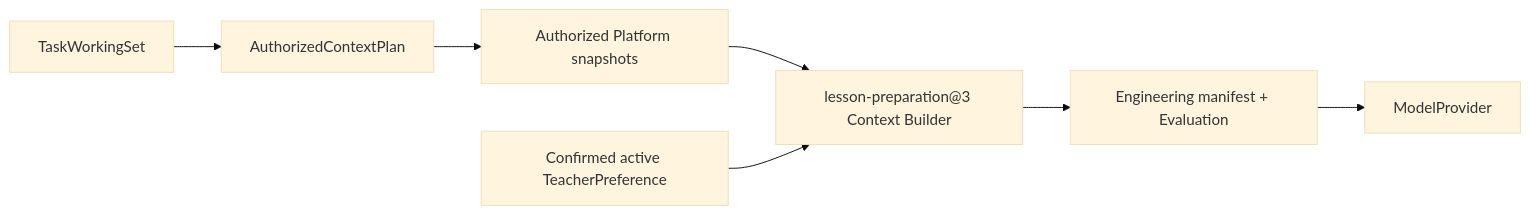
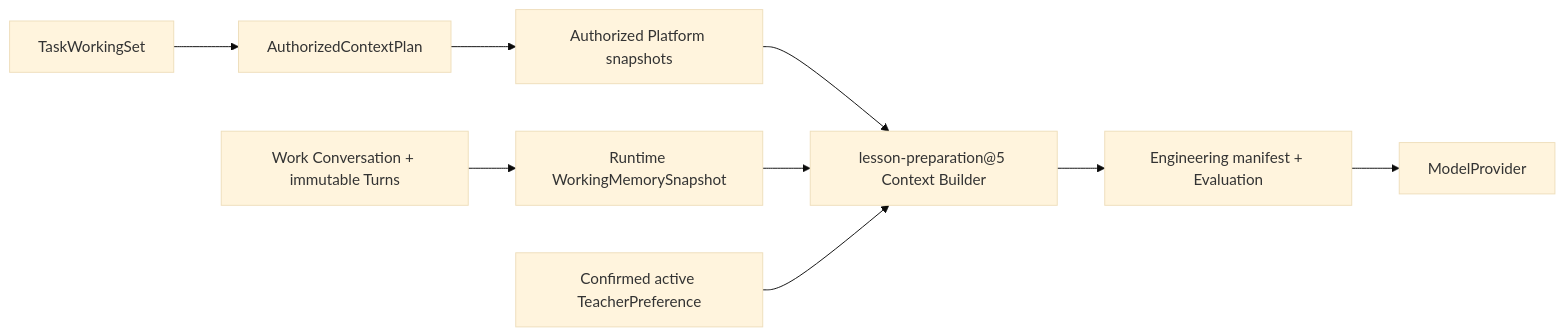
One commit to CrystalDavid/Edu-Agent changed the fourth of 5 diagrams in docs/architecture/README.md. Above: the diagram before and after it, drawn with Mermaid (base theme). The commit also changed other lines of this file and 93 other files, not shown here.

````diff
--- a/docs/architecture/README.md
+++ b/docs/architecture/README.md
@@ -161,9 +163,11 @@
 ```mermaid
 flowchart LR
     WS["TaskWorkingSet"] --> AUTH["AuthorizedContextPlan"]
     AUTH --> SNAP["Authorized Platform snapshots"]
-    SNAP --> CB["lesson-preparation@3 Context Builder"]
+    SNAP --> CB["lesson-preparation@5 Context Builder"]
+    TURN["Work Conversation + immutable Turns"] --> WM["Runtime WorkingMemorySnapshot"]
+    WM --> CB
     PREF["Confirmed active TeacherPreference"] --> CB
     CB --> CM["Engineering manifest + Evaluation"]
     CM --> MODEL["ModelProvider"]
 ```
````
